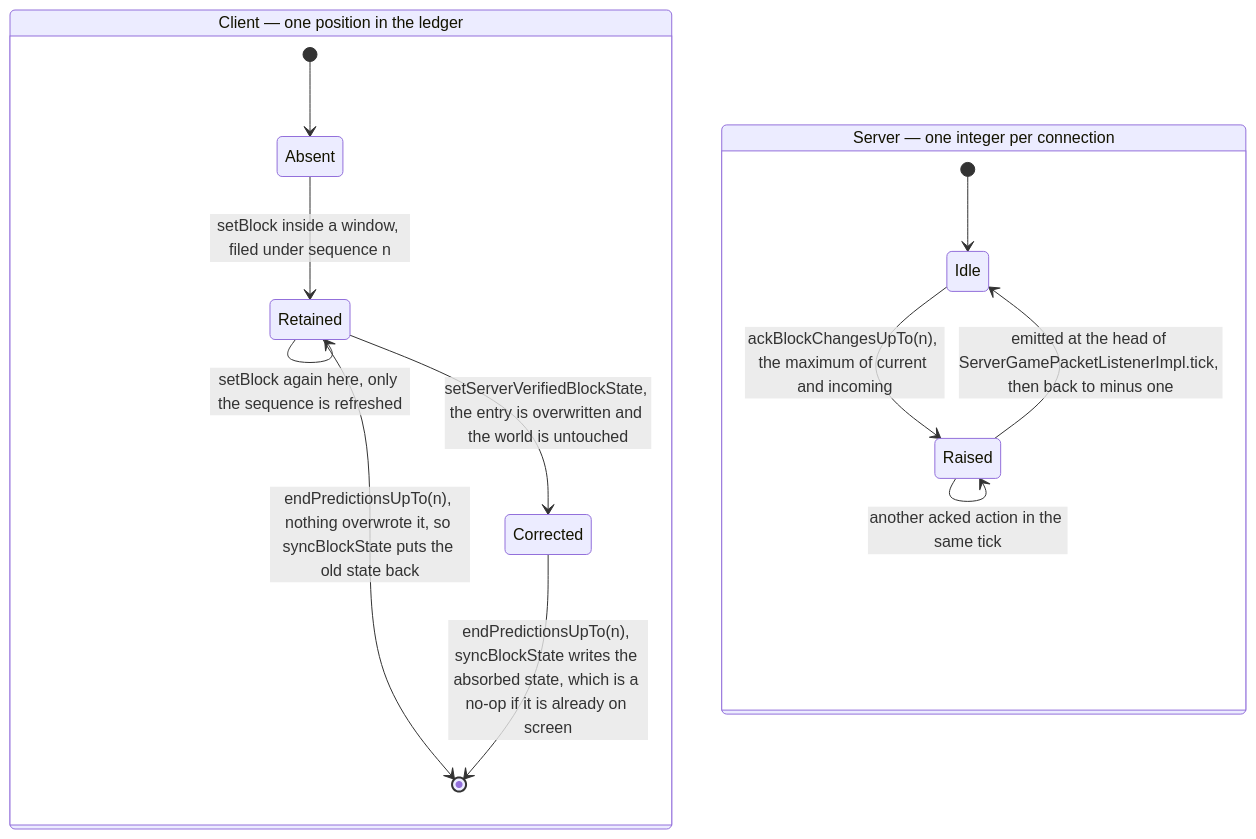
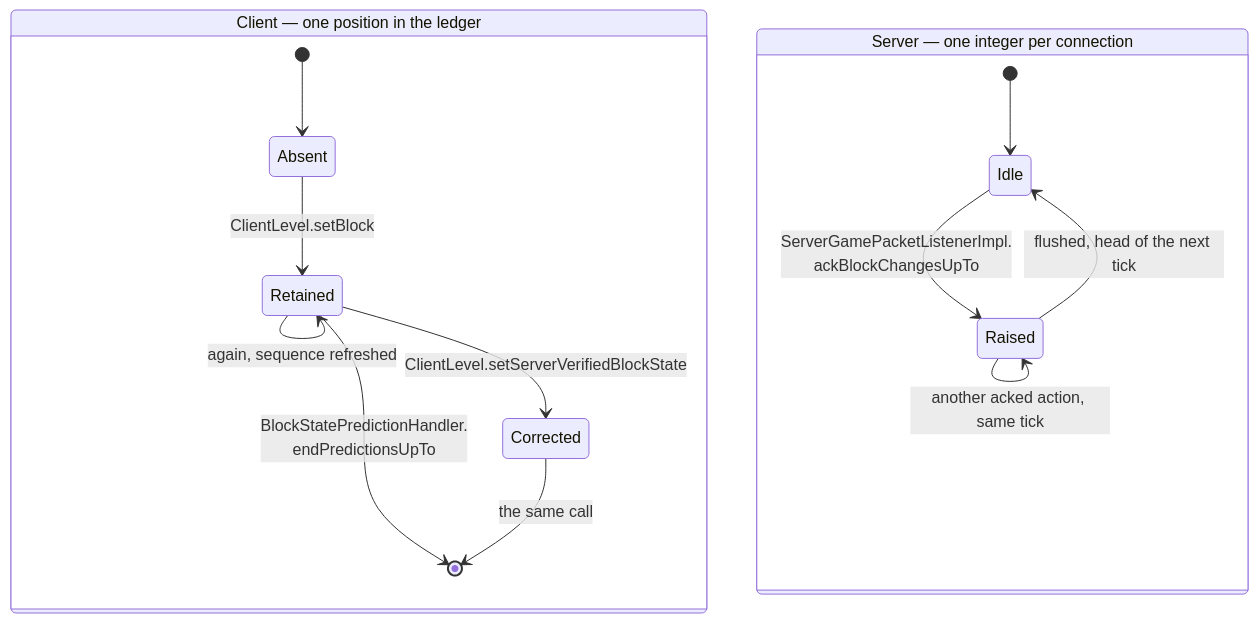
The first of 2 diagrams in src/systems/client/prediction-and-acks.md (AlexanderjFraser/MinecraftDocs), drawn with Mermaid before and after one commit. The commit also changed other lines of this file and 18 other files, not shown here.

````diff
--- a/src/systems/client/prediction-and-acks.md
+++ b/src/systems/client/prediction-and-acks.md
@@ -45,17 +45,17 @@
 ```mermaid
 stateDiagram-v2
     state "Client — one position in the ledger" as CLIENT {
         [*] --> Absent
-        Absent --> Retained : setBlock inside a window, filed under sequence n
-        Retained --> Retained : setBlock again here, only the sequence is refreshed
-        Retained --> Corrected : setServerVerifiedBlockState, the entry is overwritten and the world is untouched
-        Retained --> [*] : endPredictionsUpTo(n), nothing overwrote it, so syncBlockState puts the old state back
-        Corrected --> [*] : endPredictionsUpTo(n), syncBlockState writes the absorbed state, which is a no-op if it is already on screen
+        Absent --> Retained : ClientLevel.setBlock
+        Retained --> Retained : again, sequence refreshed
+        Retained --> Corrected : ClientLevel.setServerVerifiedBlockState
+        Retained --> [*] : BlockStatePredictionHandler.<br/>endPredictionsUpTo
+        Corrected --> [*] : the same call
     }
     state "Server — one integer per connection" as SERVER {
         [*] --> Idle
-        Idle --> Raised : ackBlockChangesUpTo(n), the maximum of current and incoming
-        Raised --> Raised : another acked action in the same tick
-        Raised --> Idle : emitted at the head of ServerGamePacketListenerImpl.tick, then back to minus one
+        Idle --> Raised : ServerGamePacketListenerImpl.<br/>ackBlockChangesUpTo
+        Raised --> Raised : another acked action, same tick
+        Raised --> Idle : flushed, head of the next tick
     }
 ```
````
